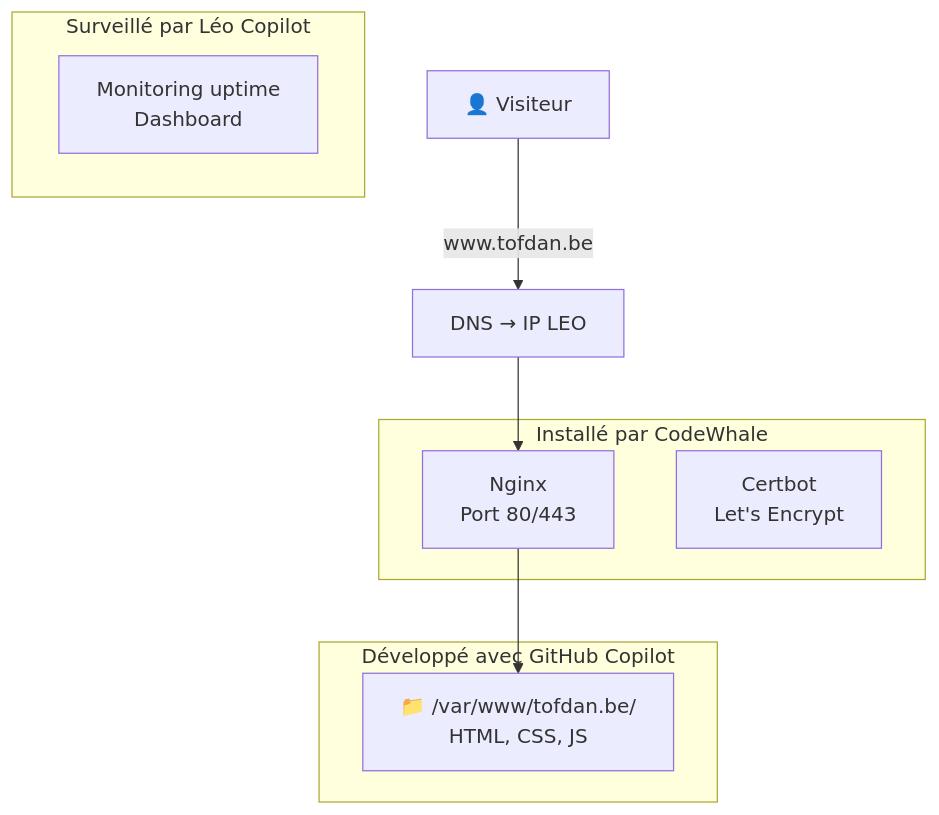
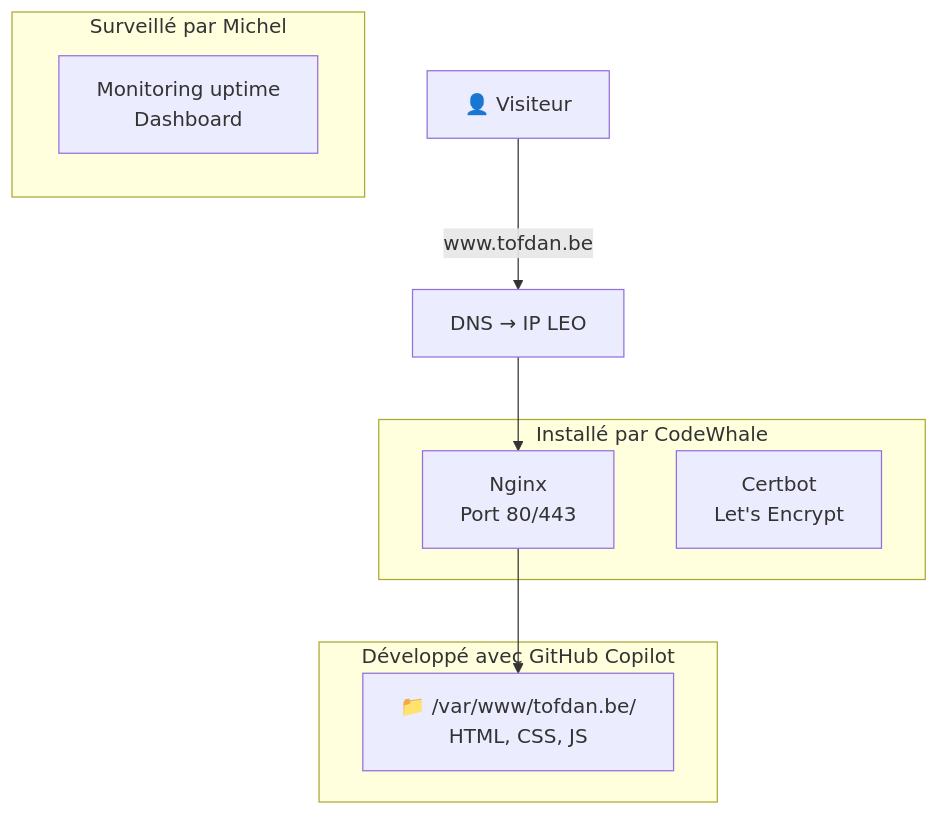
Before and after one commit to christophedanhier-hash/BAVI_LEO: the diagram in docs/wiki/agent-pro/bureau-michel/archive/strategie-tofdan-be.md, drawn with Mermaid. The commit also changed other lines of this file and 18 other files, not shown here.

Commit message:
v1d: Nettoyage complet - remplacement Léo Copilot/Copilote → Michel dans tous les docs

````diff
--- a/docs/wiki/agent-pro/bureau-michel/archive/strategie-tofdan-be.md
+++ b/docs/wiki/agent-pro/bureau-michel/archive/strategie-tofdan-be.md
@@ -47,19 +47,19 @@
 ```mermaid
 graph TB
     USER[👤 Visiteur] -->|www.tofdan.be| DNS[DNS → IP LEO]
     DNS --> NGINX[Nginx<br/>Port 80/443]
     NGINX --> FILES[📁 /var/www/tofdan.be/<br/>HTML, CSS, JS]
     
     subgraph "Installé par CodeWhale"
         NGINX
         CERT[Certbot<br/>Let's Encrypt]
     end
     
     subgraph "Développé avec GitHub Copilot"
         FILES
     end
     
-    subgraph "Surveillé par Léo Copilot"
+    subgraph "Surveillé par Michel"
         MONIT[Monitoring uptime<br/>Dashboard]
     end
 ```
````
